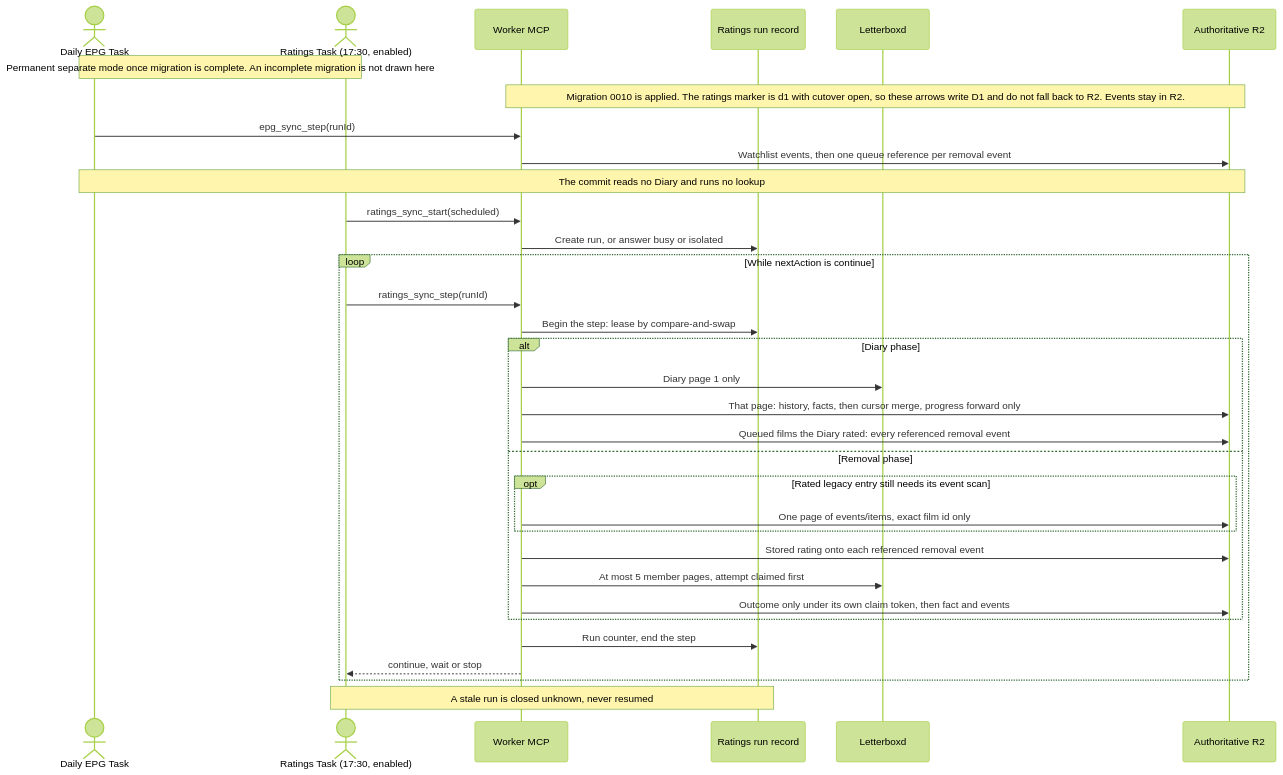
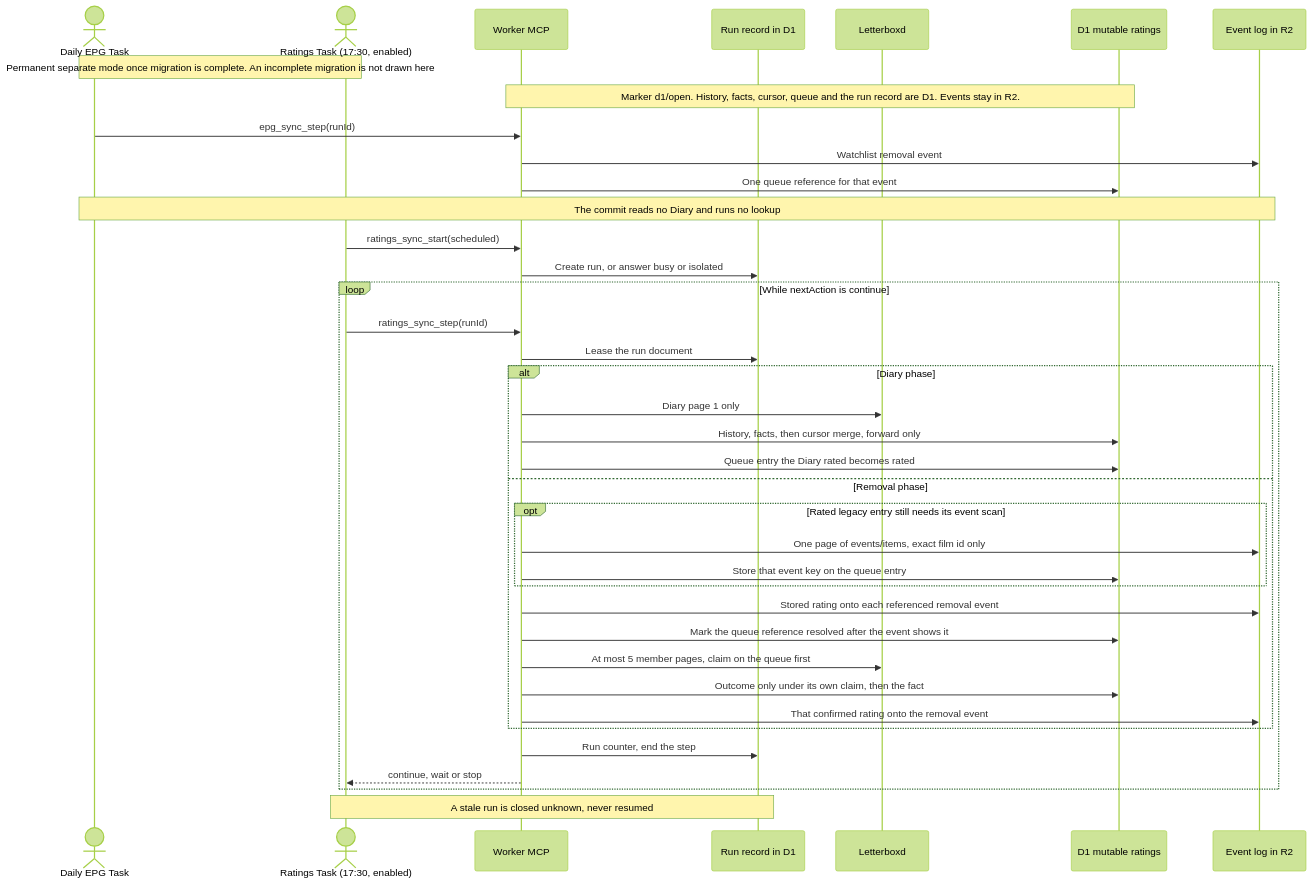
One commit to vladimino/iptv-watchlist changed the fifth of 6 diagrams in docs/architecture/scheduling-and-orchestration.md. Above: the diagram before and after it, drawn with Mermaid (forest theme). The commit also changed other lines of this file and 3 other files, not shown here.

First line of the commit message:
Point the ratings sequence at D1 for mutable documents.

````diff
--- a/docs/architecture/scheduling-and-orchestration.md
+++ b/docs/architecture/scheduling-and-orchestration.md
@@ -155,35 +155,40 @@
 ```mermaid
 sequenceDiagram
     actor Daily as Daily EPG Task
     actor Ratings as Ratings Task (17:30, enabled)
     Note over Daily,Ratings: Permanent separate mode once migration is complete. An incomplete migration is not drawn here
     participant MCP as Worker MCP
-    participant Run as Ratings run record
+    participant Run as Run record in D1
     participant LB as Letterboxd
-    participant R2 as Authoritative R2
-    Note over MCP,R2: Migration 0010 is applied. The ratings marker is d1 with cutover open, so these arrows write D1 and do not fall back to R2. Events stay in R2.
+    participant D1 as D1 mutable ratings
+    participant R2 as Event log in R2
+    Note over MCP,D1: Marker d1/open. History, facts, cursor, queue and the run record are D1. Events stay in R2.
     Daily->>MCP: epg_sync_step(runId)
-    MCP->>R2: Watchlist events, then one queue reference per removal event
+    MCP->>R2: Watchlist removal event
+    MCP->>D1: One queue reference for that event
     Note over Daily,R2: The commit reads no Diary and runs no lookup
     Ratings->>MCP: ratings_sync_start(scheduled)
     MCP->>Run: Create run, or answer busy or isolated
     loop While nextAction is continue
         Ratings->>MCP: ratings_sync_step(runId)
-        MCP->>Run: Begin the step: lease by compare-and-swap
+        MCP->>Run: Lease the run document
         alt Diary phase
             MCP->>LB: Diary page 1 only
-            MCP->>R2: That page: history, facts, then cursor merge, progress forward only
-            MCP->>R2: Queued films the Diary rated: every referenced removal event
+            MCP->>D1: History, facts, then cursor merge, forward only
+            MCP->>D1: Queue entry the Diary rated becomes rated
         else Removal phase
             opt Rated legacy entry still needs its event scan
                 MCP->>R2: One page of events/items, exact film id only
+                MCP->>D1: Store that event key on the queue entry
             end
             MCP->>R2: Stored rating onto each referenced removal event
-            MCP->>LB: At most 5 member pages, attempt claimed first
-            MCP->>R2: Outcome only under its own claim token, then fact and events
+            MCP->>D1: Mark the queue reference resolved after the event shows it
+            MCP->>LB: At most 5 member pages, claim on the queue first
+            MCP->>D1: Outcome only under its own claim, then the fact
+            MCP->>R2: That confirmed rating onto the removal event
         end
         MCP->>Run: Run counter, end the step
         MCP-->>Ratings: continue, wait or stop
     end
     Note over Ratings,Run: A stale run is closed unknown, never resumed
 ```
````
